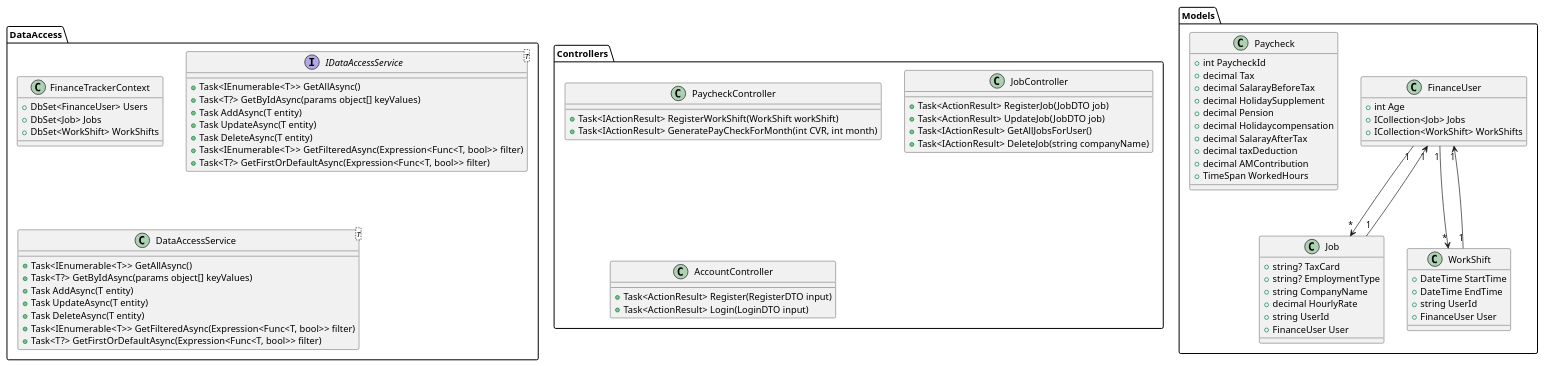
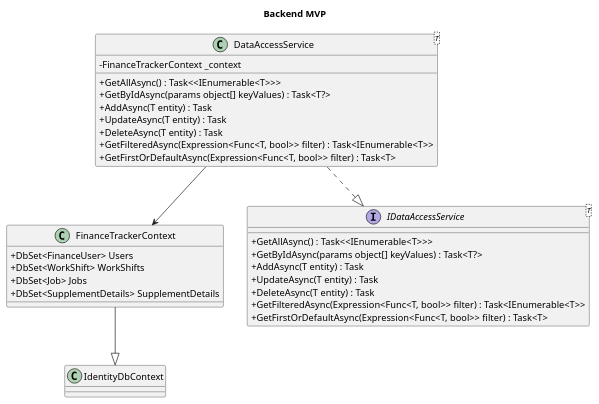
The diagram in FinanceTracker/Plantuml/ClassDiagram.puml (a-chiha/FinanceTrackerBackend), drawn with PlantUML before and after one commit. The commit also changed 8 other files, not shown here.

Commit message:
Merge branch 'main' of https://github.com/a-chiha/FinanceTrackerBackend

```diff
--- a/FinanceTracker/Plantuml/ClassDiagram.puml
+++ b/FinanceTracker/Plantuml/ClassDiagram.puml
@@ -1,92 +1,41 @@
 @startuml
+skinparam classAttributeIconSize 0
+title Backend MVP
 
-package Models {
-    class FinanceUser {
-        + int Age
-        + ICollection<Job> Jobs
-        + ICollection<WorkShift> WorkShifts
-    }
-
-    class Job {
-        + string? TaxCard
-        + string? EmploymentType
-        + string CompanyName
-        + decimal HourlyRate
-        + string UserId
-        + FinanceUser User
-    }
-
-    class WorkShift {
-        + DateTime StartTime
-        + DateTime EndTime
-        + string UserId
-        + FinanceUser User
-    }
-
-    class Paycheck {
-        + int PaycheckId
-        + decimal Tax
-        + decimal SalarayBeforeTax
-        + decimal HolidaySupplement
-        + decimal Pension
-        + decimal Holidaycompensation
-        + decimal SalarayAfterTax
-        + decimal taxDeduction
-        + decimal AMContribution
-        + TimeSpan WorkedHours
-    }
+class FinanceTrackerContext {
+    + DbSet<FinanceUser> Users
+    + DbSet<WorkShift> WorkShifts
+    + DbSet<Job> Jobs
+    + DbSet<SupplementDetails> SupplementDetails
 }
 
-package DataAccess {
-    class FinanceTrackerContext {
-        + DbSet<FinanceUser> Users
-        + DbSet<Job> Jobs
-        + DbSet<WorkShift> WorkShifts
-    }
-
-    interface IDataAccessService<T> {
-        + Task<IEnumerable<T>> GetAllAsync()
-        + Task<T?> GetByIdAsync(params object[] keyValues)
-        + Task AddAsync(T entity)
-        + Task UpdateAsync(T entity)
-        + Task DeleteAsync(T entity)
-        + Task<IEnumerable<T>> GetFilteredAsync(Expression<Func<T, bool>> filter)
-        + Task<T?> GetFirstOrDefaultAsync(Expression<Func<T, bool>> filter)
-    }
-
-    class DataAccessService<T> {
-        + Task<IEnumerable<T>> GetAllAsync()
-        + Task<T?> GetByIdAsync(params object[] keyValues)
-        + Task AddAsync(T entity)
-        + Task UpdateAsync(T entity)
-        + Task DeleteAsync(T entity)
-        + Task<IEnumerable<T>> GetFilteredAsync(Expression<Func<T, bool>> filter)
-        + Task<T?> GetFirstOrDefaultAsync(Expression<Func<T, bool>> filter)
-    }
+interface IDataAccessService<T> {
+    + GetAllAsync() : Task<<IEnumerable<T>>>
+    + GetByIdAsync(params object[] keyValues) : Task<T?>
+    + AddAsync(T entity) : Task
+    + UpdateAsync(T entity) : Task
+    + DeleteAsync(T entity) : Task
+    + GetFilteredAsync(Expression<Func<T, bool>> filter) : Task<IEnumerable<T>>
+    + GetFirstOrDefaultAsync(Expression<Func<T, bool>> filter) : Task<T>
 }
 
-package Controllers {
-    class PaycheckController {
-        + Task<IActionResult> RegisterWorkShift(WorkShift workShift)
-        + Task<IActionResult> GeneratePayCheckForMonth(int CVR, int month)
-    }
-
-    class JobController {
-        + Task<ActionResult> RegisterJob(JobDTO job)
-        + Task<ActionResult> UpdateJob(JobDTO job)
-        + Task<IActionResult> GetAllJobsForUser()
-        + Task<IActionResult> DeleteJob(string companyName)
-    }
-
-    class AccountController {
-        + Task<ActionResult> Register(RegisterDTO input)
-        + Task<ActionResult> Login(LoginDTO input)
-    }
+class DataAccessService<T> {
+    - FinanceTrackerContext _context
+    + GetAllAsync() : Task<<IEnumerable<T>>>
+    + GetByIdAsync(params object[] keyValues) : Task<T?>
+    + AddAsync(T entity) : Task
+    + UpdateAsync(T entity) : Task
+    + DeleteAsync(T entity) : Task
+    + GetFilteredAsync(Expression<Func<T, bool>> filter) : Task<IEnumerable<T>>
+    + GetFirstOrDefaultAsync(Expression<Func<T, bool>> filter) : Task<T>
 }
 
-FinanceUser "1" --> "*" Job
-FinanceUser "1" --> "*" WorkShift
-Job "1" --> "1" FinanceUser
-WorkShift "1" --> "1" FinanceUser
+class IdentityDbContext {
+}
+
+
+FinanceTrackerContext --|> IdentityDbContext 
+DataAccessService --> FinanceTrackerContext
+DataAccessService ..|> IDataAccessService 
 
 @enduml
```
